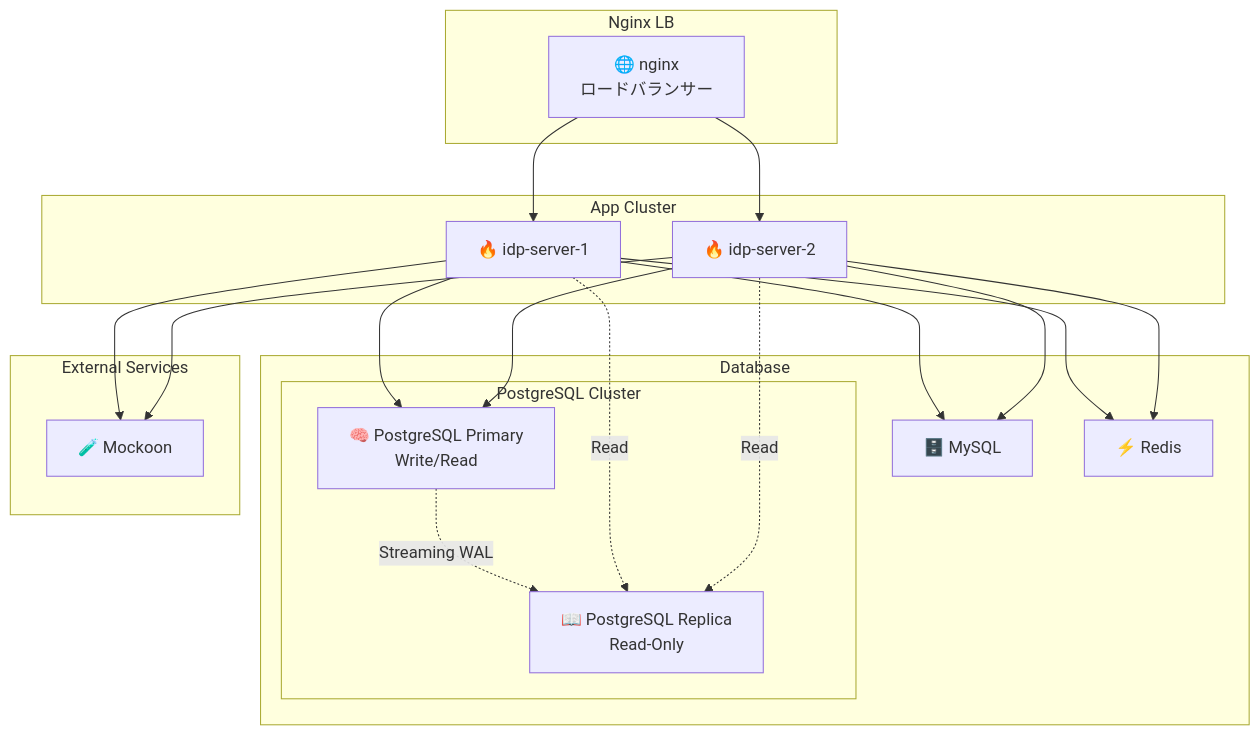
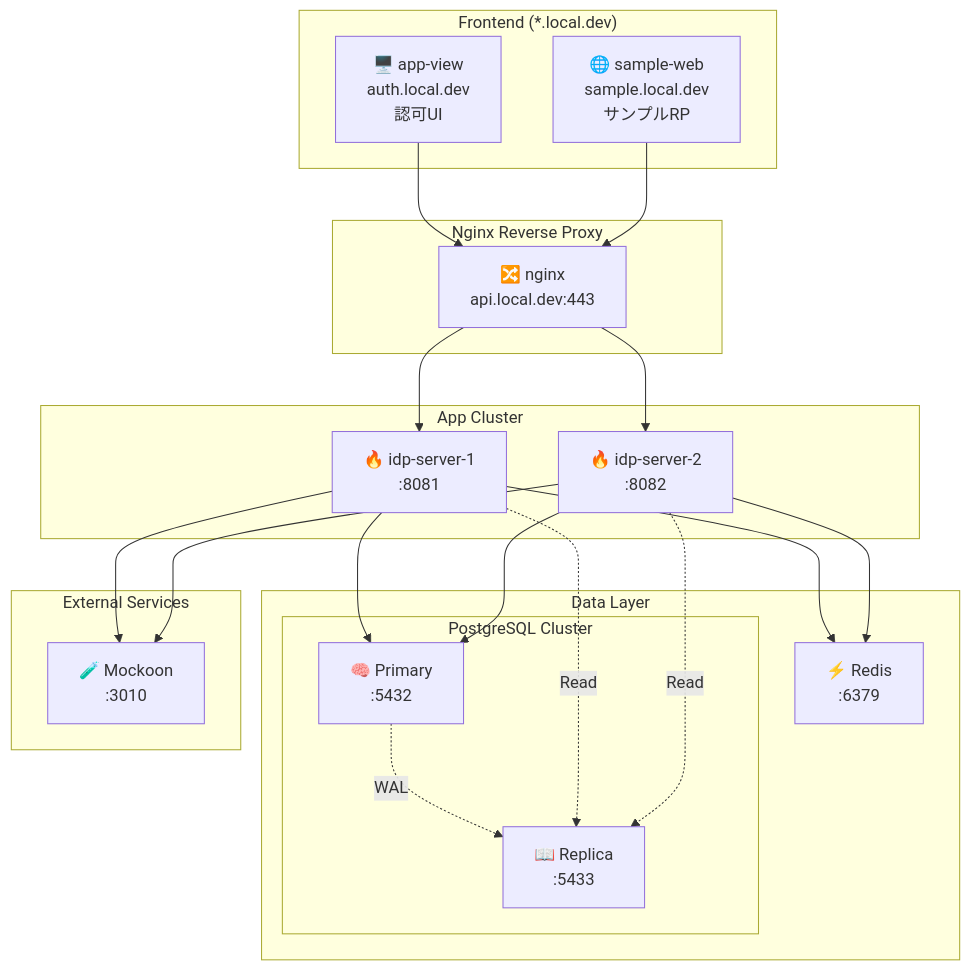
The diagram in documentation/docs/content_02_quickstart/quickstart-01-getting-started.md (hirokazu-kobayashi-koba-hiro/idp-server), drawn with Mermaid before and after one commit. The commit also changed other lines of this file and 41 other files, not shown here.

````diff
--- a/documentation/docs/content_02_quickstart/quickstart-01-getting-started.md
+++ b/documentation/docs/content_02_quickstart/quickstart-01-getting-started.md
@@ -22,41 +22,44 @@
 ```mermaid
 flowchart TD
-subgraph Nginx LB
-nginx[🌐 nginx<br>ロードバランサー]
+subgraph Frontend["Frontend (*.local.dev)"]
+app_view[🖥️ app-view<br>auth.local.dev<br>認可UI]
+sample_web[🌐 sample-web<br>sample.local.dev<br>サンプルRP]
 end
 
-subgraph App Cluster
-idp1[🔥 idp-server-1]
-idp2[🔥 idp-server-2]
+subgraph Nginx["Nginx Reverse Proxy"]
+nginx[🔀 nginx<br>api.local.dev:443]
 end
 
-subgraph Database
-subgraph PostgreSQL Cluster
-pg_primary[🧠 PostgreSQL Primary<br>Write/Read]
-pg_replica[📖 PostgreSQL Replica<br>Read-Only]
-pg_primary -.->|Streaming WAL| pg_replica
-end
-mysql[🗄️ MySQL]
-redis[⚡ Redis]
+subgraph App["App Cluster"]
+idp1[🔥 idp-server-1<br>:8081]
+idp2[🔥 idp-server-2<br>:8082]
 end
 
-subgraph External Services
-mockoon[🧪 Mockoon]
+subgraph Data["Data Layer"]
+subgraph PostgreSQL["PostgreSQL Cluster"]
+pg_primary[🧠 Primary<br>:5432]
+pg_replica[📖 Replica<br>:5433]
+pg_primary -.->|WAL| pg_replica
+end
+redis[⚡ Redis<br>:6379]
 end
 
+subgraph External["External Services"]
+mockoon[🧪 Mockoon<br>:3010]
+end
+
+app_view --> nginx
+sample_web --> nginx
 nginx --> idp1
 nginx --> idp2
 
 idp1 --> pg_primary
 idp1 -.->|Read| pg_replica
-idp1 --> mysql
 idp1 --> redis
 idp1 --> mockoon
 
 idp2 --> pg_primary
 idp2 -.->|Read| pg_replica
-idp2 --> mysql
 idp2 --> redis
 idp2 --> mockoon
-
 ```
````
